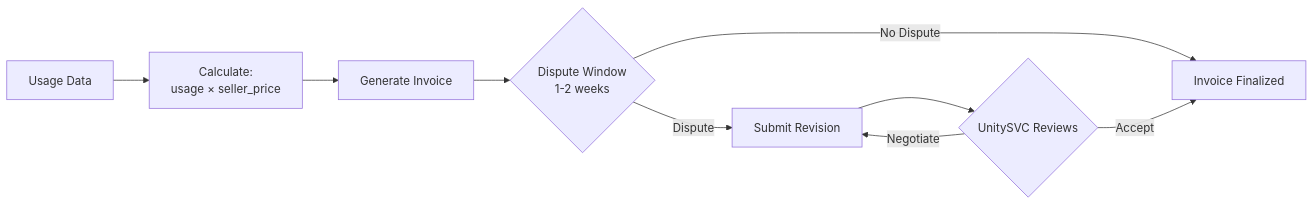
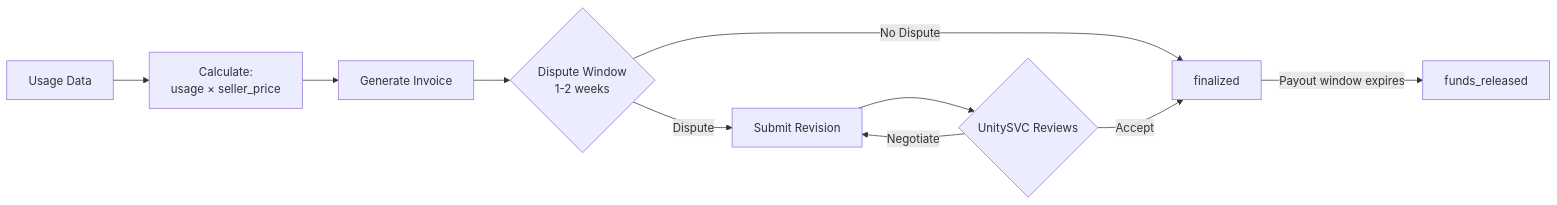
One commit to unitysvc/unitysvc-services changed the third of 4 diagrams in docs/seller-lifecycle.md. Above: the diagram before and after it, drawn with Mermaid. The commit also changed other lines of this file and 2 other files, not shown here.

````diff
--- a/docs/seller-lifecycle.md
+++ b/docs/seller-lifecycle.md
@@ -93,11 +93,12 @@
 ```mermaid
 flowchart LR
     A[Usage Data] --> B[Calculate:<br/>usage × seller_price]
     B --> C[Generate Invoice]
     C --> D{Dispute Window<br/>1-2 weeks}
-    D -->|No Dispute| E[Invoice Finalized]
+    D -->|No Dispute| E[finalized]
     D -->|Dispute| F[Submit Revision]
     F --> G{UnitySVC Reviews}
     G -->|Accept| E
     G -->|Negotiate| F
+    E -->|Payout window expires| H[funds_released]
 ```
````
